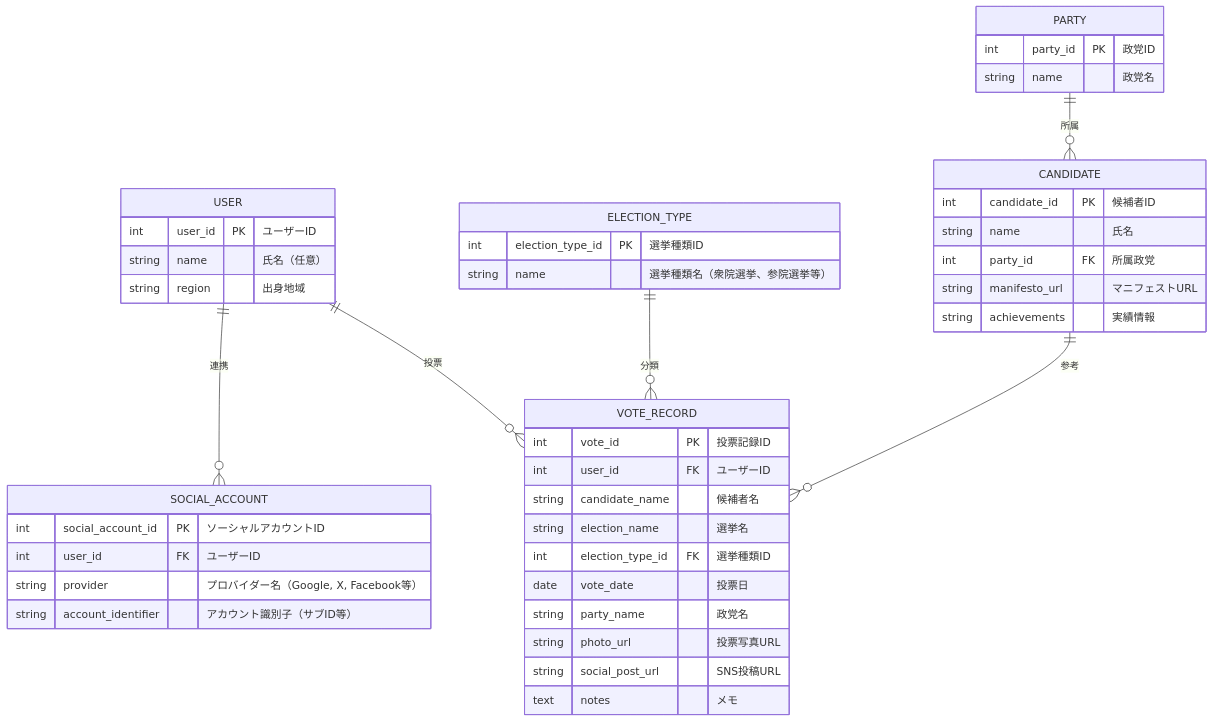
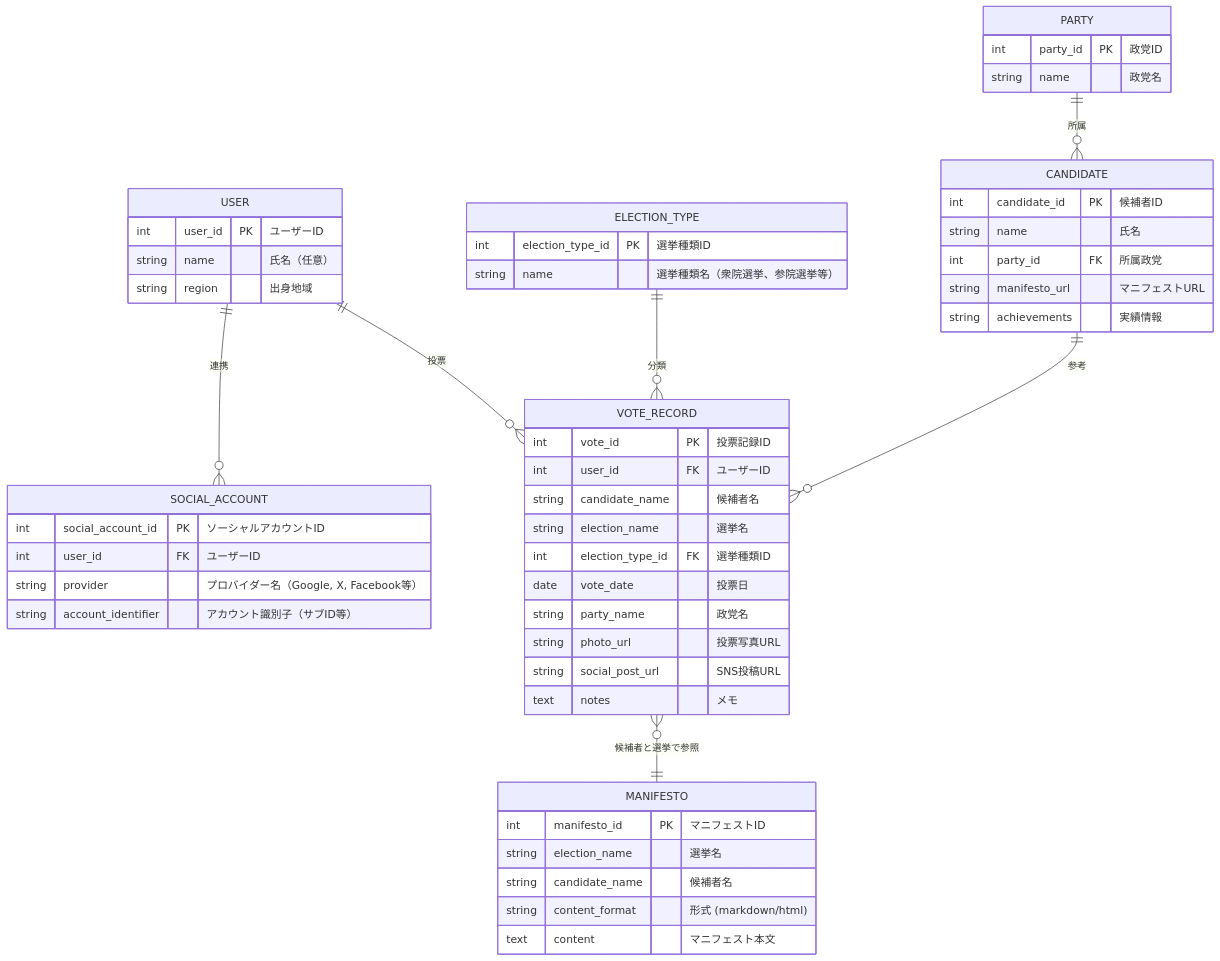
The diagram in doc/ER.md (papettoTV/my-tohyo), drawn with Mermaid before and after one commit. The commit also changed other lines of this file and 6 other files, not shown here.

````diff
--- a/doc/ER.md
+++ b/doc/ER.md
@@ -5,47 +5,55 @@
 ```mermaid
 erDiagram
     USER {
         int user_id PK "ユーザーID"
         string name "氏名（任意）"
         string region "出身地域"
     }
     SOCIAL_ACCOUNT {
         int social_account_id PK "ソーシャルアカウントID"
         int user_id FK "ユーザーID"
         string provider "プロバイダー名（Google, X, Facebook等）"
         string account_identifier "アカウント識別子（サブID等）"
     }
     ELECTION_TYPE {
         int election_type_id PK "選挙種類ID"
         string name "選挙種類名（衆院選挙、参院選挙等）"
     }
     PARTY {
         int party_id PK "政党ID"
         string name "政党名"
     }
     CANDIDATE {
         int candidate_id PK "候補者ID"
         string name "氏名"
         int party_id FK "所属政党"
         string manifesto_url "マニフェストURL"
         string achievements "実績情報"
     }
+    MANIFESTO {
+        int manifesto_id PK "マニフェストID"
+        string election_name "選挙名"
+        string candidate_name "候補者名"
+        string content_format "形式 (markdown/html)"
+        text content "マニフェスト本文"
+    }
     VOTE_RECORD {
         int vote_id PK "投票記録ID"
         int user_id FK "ユーザーID"
         string candidate_name "候補者名"
         string election_name "選挙名"
         int election_type_id FK "選挙種類ID"
         date vote_date "投票日"
         string party_name "政党名"
         string photo_url "投票写真URL"
         string social_post_url "SNS投稿URL"
         text notes "メモ"
     }
 
     USER ||--o{ SOCIAL_ACCOUNT : "連携"
     USER ||--o{ VOTE_RECORD : "投票"
     ELECTION_TYPE ||--o{ VOTE_RECORD : "分類"
     CANDIDATE ||--o{ VOTE_RECORD : "参考"
     PARTY ||--o{ CANDIDATE : "所属"
+    VOTE_RECORD }o--|| MANIFESTO : "候補者と選挙で参照"
 ```
````
